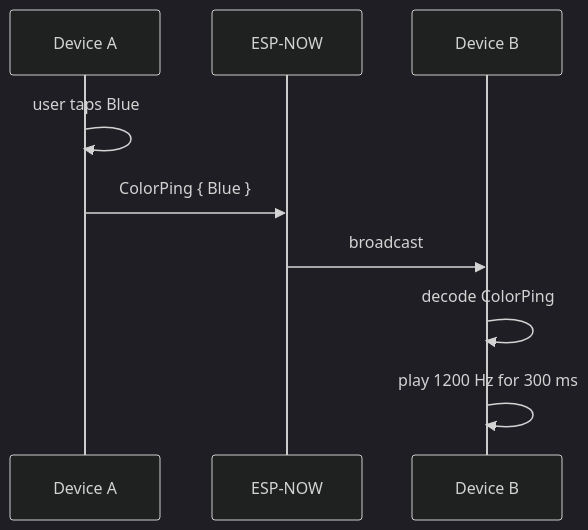
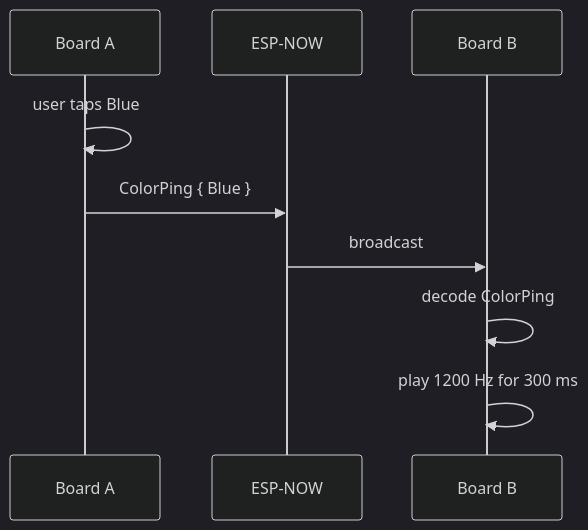
One commit to wackazong/hackandhike-2026 changed the second of 2 diagrams in README.md. Above: the diagram before and after it, drawn with Mermaid (dark theme). The commit also changed other lines of this file and 2 other files, not shown here.

First line of the commit message:
docs: README for the first hour, architecture for the machinery

````diff
--- a/README.md
+++ b/README.md
@@ -317,12 +431,12 @@
 ```mermaid
 sequenceDiagram
-    participant A as Device A
+    participant A as Board A
     participant Radio as ESP-NOW
-    participant B as Device B
+    participant B as Board B
 
     A->>A: user taps Blue
     A->>Radio: ColorPing { Blue }
     Radio->>B: broadcast
     B->>B: decode ColorPing
     B->>B: play 1200 Hz for 300 ms
 ```
````
